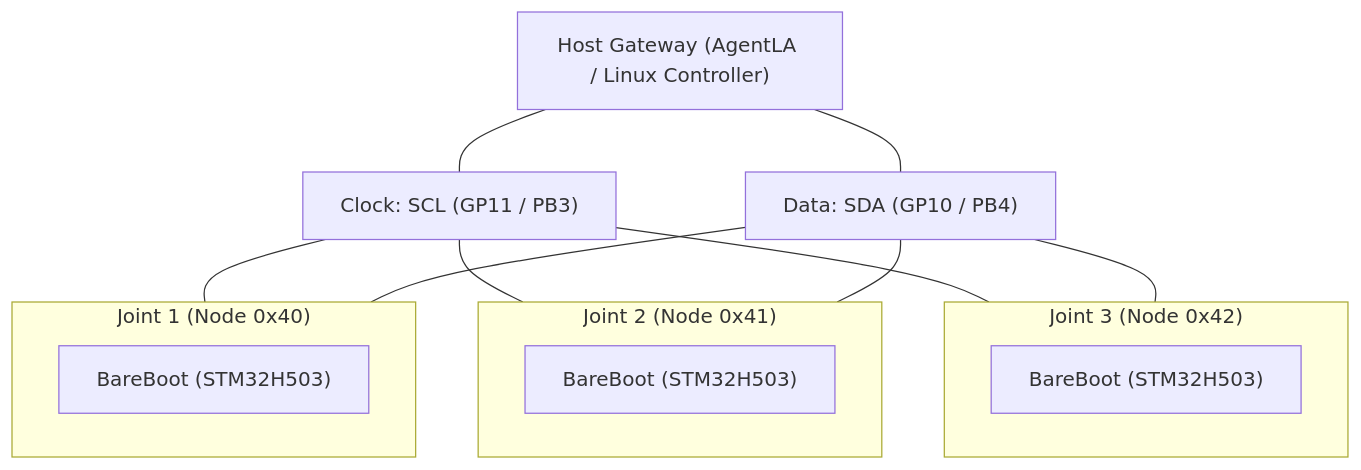
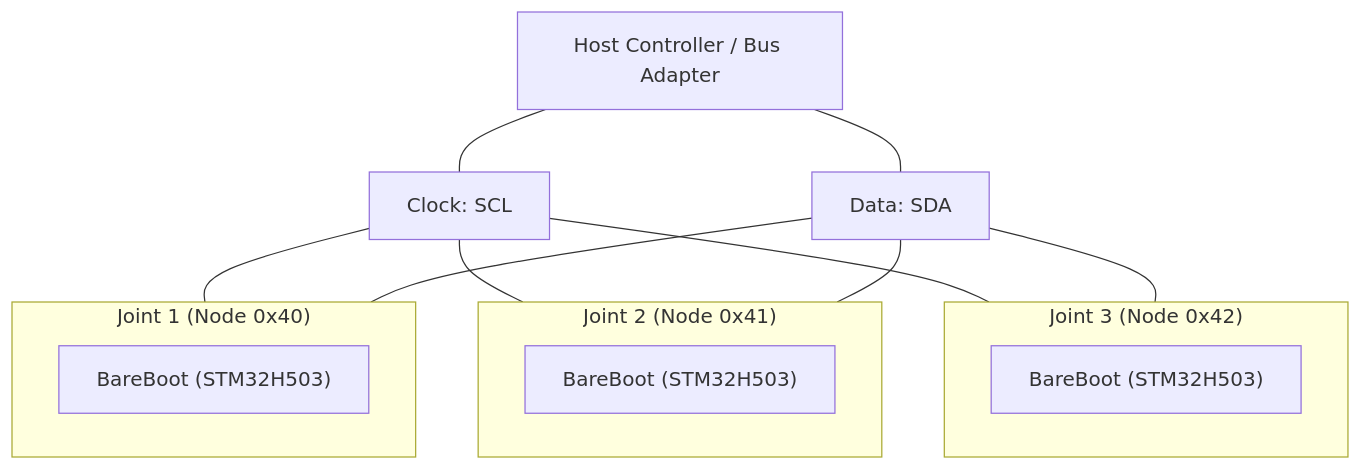
One commit to bareFOC/barefoc.github.io changed the second of 2 diagrams in bareboot/handsfree.md. Above: the diagram before and after it, drawn with Mermaid. The commit also changed other lines of this file and 5 other files, not shown here.

````diff
--- a/bareboot/handsfree.md
+++ b/bareboot/handsfree.md
@@ -222,26 +222,26 @@
 ```mermaid
 flowchart TD
-    Host["Host Gateway (AgentLA / Linux Controller)"]
-    SCL["Clock: SCL (GP11 / PB3)"]
-    SDA["Data: SDA (GP10 / PB4)"]
+    Host["Host Controller / Bus Adapter"]
+    SCL["Clock: SCL"]
+    SDA["Data: SDA"]
 
     Host --- SCL
     Host --- SDA
 
     subgraph Joint1 ["Joint 1 (Node 0x40)"]
         J1_BL["BareBoot (STM32H503)"]
     end
     subgraph Joint2 ["Joint 2 (Node 0x41)"]
         J2_BL["BareBoot (STM32H503)"]
     end
     subgraph Joint3 ["Joint 3 (Node 0x42)"]
         J3_BL["BareBoot (STM32H503)"]
     end
 
     SCL --- Joint1
     SDA --- Joint1
     SCL --- Joint2
     SDA --- Joint2
     SCL --- Joint3
     SDA --- Joint3
 ```
````
